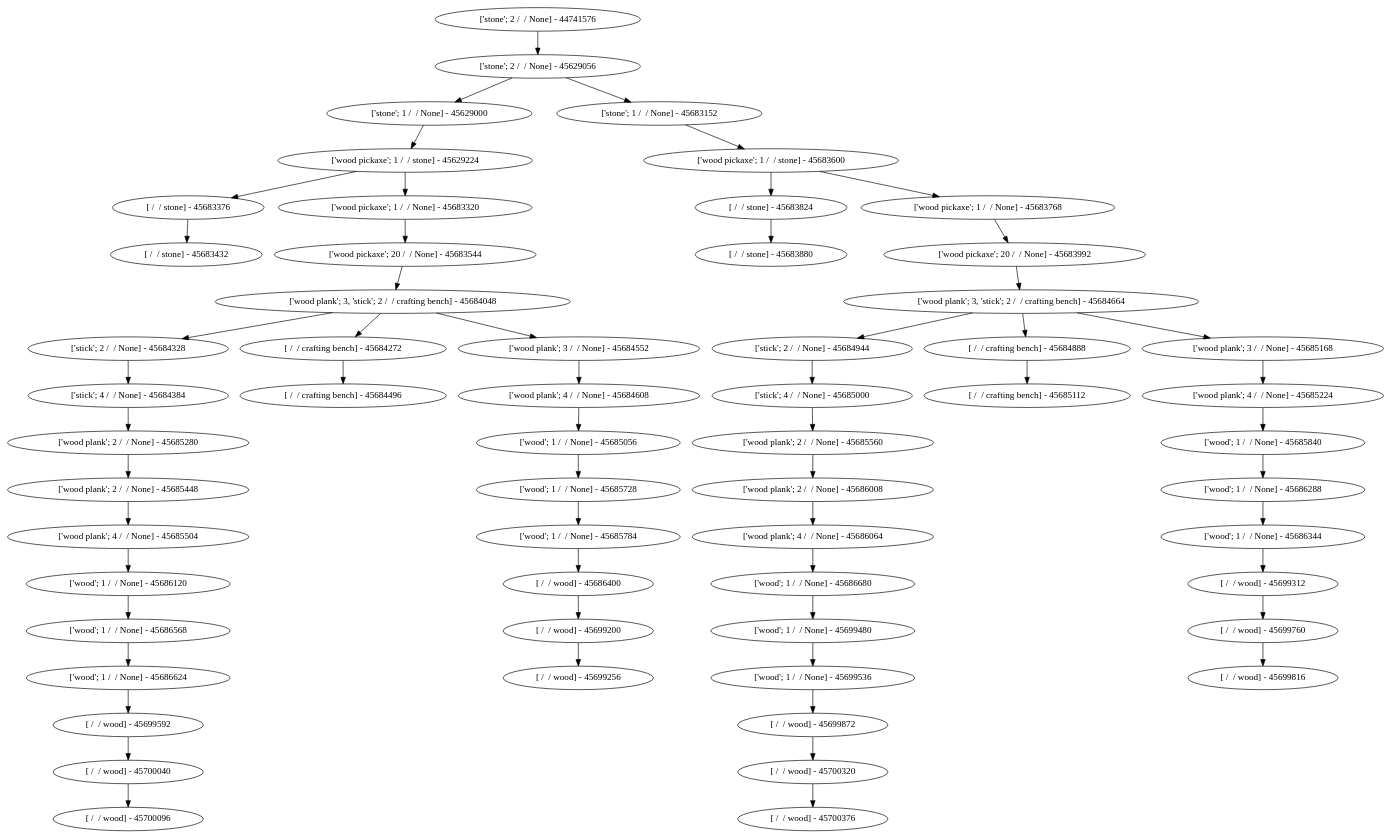
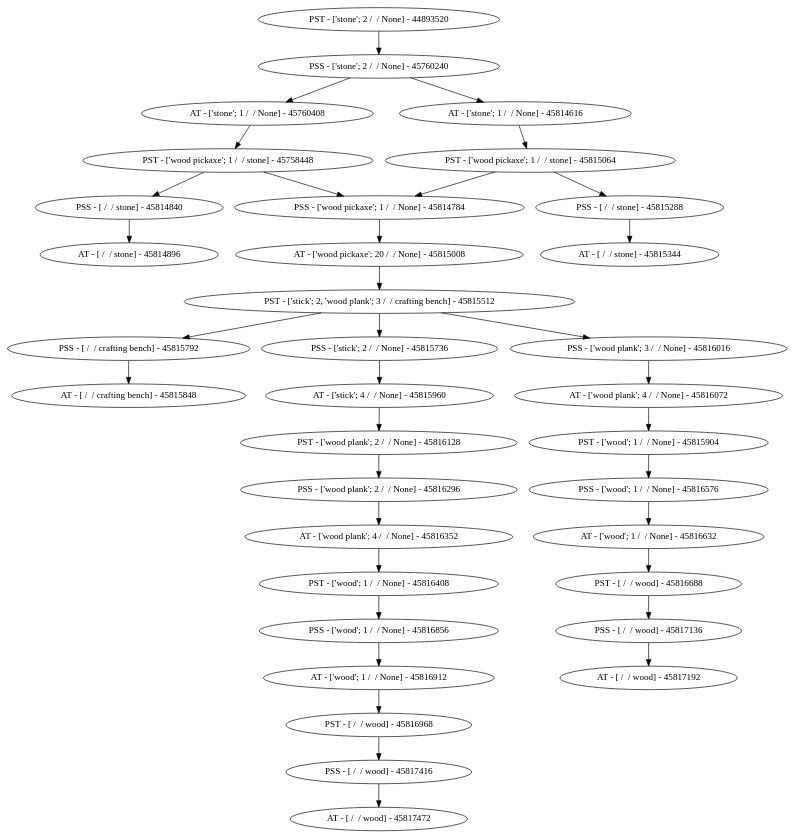
One commit to koleberd/goaldependency changed the diagram in trees/test_tree.gv. Above: the diagram before and after it, drawn with Graphviz. The commit also changed 16 other files, not shown here.

```diff
--- a/trees/test_tree.gv
+++ b/trees/test_tree.gv
@@ -1,59 +1,36 @@
 digraph Tree {
-	"['stone'; 2 /  / None] - 44741576" -> "['stone'; 2 /  / None] - 45629056"
-	"['stone'; 2 /  / None] - 45629056" -> "['stone'; 1 /  / None] - 45629000"
-	"['stone'; 2 /  / None] - 45629056" -> "['stone'; 1 /  / None] - 45683152"
-	"['stone'; 1 /  / None] - 45629000" -> "['wood pickaxe'; 1 /  / stone] - 45629224"
-	"['stone'; 1 /  / None] - 45683152" -> "['wood pickaxe'; 1 /  / stone] - 45683600"
-	"['wood pickaxe'; 1 /  / stone] - 45629224" -> "[ /  / stone] - 45683376"
-	"['wood pickaxe'; 1 /  / stone] - 45629224" -> "['wood pickaxe'; 1 /  / None] - 45683320"
-	"['wood pickaxe'; 1 /  / stone] - 45683600" -> "[ /  / stone] - 45683824"
-	"['wood pickaxe'; 1 /  / stone] - 45683600" -> "['wood pickaxe'; 1 /  / None] - 45683768"
-	"[ /  / stone] - 45683376" -> "[ /  / stone] - 45683432"
-	"['wood pickaxe'; 1 /  / None] - 45683320" -> "['wood pickaxe'; 20 /  / None] - 45683544"
-	"[ /  / stone] - 45683824" -> "[ /  / stone] - 45683880"
-	"['wood pickaxe'; 1 /  / None] - 45683768" -> "['wood pickaxe'; 20 /  / None] - 45683992"
-	"['wood pickaxe'; 20 /  / None] - 45683544" -> "['wood plank'; 3, 'stick'; 2 /  / crafting bench] - 45684048"
-	"['wood pickaxe'; 20 /  / None] - 45683992" -> "['wood plank'; 3, 'stick'; 2 /  / crafting bench] - 45684664"
-	"['wood plank'; 3, 'stick'; 2 /  / crafting bench] - 45684048" -> "['stick'; 2 /  / None] - 45684328"
-	"['wood plank'; 3, 'stick'; 2 /  / crafting bench] - 45684048" -> "[ /  / crafting bench] - 45684272"
-	"['wood plank'; 3, 'stick'; 2 /  / crafting bench] - 45684048" -> "['wood plank'; 3 /  / None] - 45684552"
-	"['wood plank'; 3, 'stick'; 2 /  / crafting bench] - 45684664" -> "['stick'; 2 /  / None] - 45684944"
-	"['wood plank'; 3, 'stick'; 2 /  / crafting bench] - 45684664" -> "[ /  / crafting bench] - 45684888"
-	"['wood plank'; 3, 'stick'; 2 /  / crafting bench] - 45684664" -> "['wood plank'; 3 /  / None] - 45685168"
-	"['stick'; 2 /  / None] - 45684328" -> "['stick'; 4 /  / None] - 45684384"
-	"[ /  / crafting bench] - 45684272" -> "[ /  / crafting bench] - 45684496"
-	"['wood plank'; 3 /  / None] - 45684552" -> "['wood plank'; 4 /  / None] - 45684608"
-	"['stick'; 2 /  / None] - 45684944" -> "['stick'; 4 /  / None] - 45685000"
-	"[ /  / crafting bench] - 45684888" -> "[ /  / crafting bench] - 45685112"
-	"['wood plank'; 3 /  / None] - 45685168" -> "['wood plank'; 4 /  / None] - 45685224"
-	"['stick'; 4 /  / None] - 45684384" -> "['wood plank'; 2 /  / None] - 45685280"
-	"['wood plank'; 4 /  / None] - 45684608" -> "['wood'; 1 /  / None] - 45685056"
-	"['stick'; 4 /  / None] - 45685000" -> "['wood plank'; 2 /  / None] - 45685560"
-	"['wood plank'; 4 /  / None] - 45685224" -> "['wood'; 1 /  / None] - 45685840"
-	"['wood plank'; 2 /  / None] - 45685280" -> "['wood plank'; 2 /  / None] - 45685448"
-	"['wood'; 1 /  / None] - 45685056" -> "['wood'; 1 /  / None] - 45685728"
-	"['wood plank'; 2 /  / None] - 45685560" -> "['wood plank'; 2 /  / None] - 45686008"
-	"['wood'; 1 /  / None] - 45685840" -> "['wood'; 1 /  / None] - 45686288"
-	"['wood plank'; 2 /  / None] - 45685448" -> "['wood plank'; 4 /  / None] - 45685504"
-	"['wood'; 1 /  / None] - 45685728" -> "['wood'; 1 /  / None] - 45685784"
-	"['wood plank'; 2 /  / None] - 45686008" -> "['wood plank'; 4 /  / None] - 45686064"
-	"['wood'; 1 /  / None] - 45686288" -> "['wood'; 1 /  / None] - 45686344"
-	"['wood plank'; 4 /  / None] - 45685504" -> "['wood'; 1 /  / None] - 45686120"
-	"['wood'; 1 /  / None] - 45685784" -> "[ /  / wood] - 45686400"
-	"['wood plank'; 4 /  / None] - 45686064" -> "['wood'; 1 /  / None] - 45686680"
-	"['wood'; 1 /  / None] - 45686344" -> "[ /  / wood] - 45699312"
-	"['wood'; 1 /  / None] - 45686120" -> "['wood'; 1 /  / None] - 45686568"
-	"[ /  / wood] - 45686400" -> "[ /  / wood] - 45699200"
-	"['wood'; 1 /  / None] - 45686680" -> "['wood'; 1 /  / None] - 45699480"
-	"[ /  / wood] - 45699312" -> "[ /  / wood] - 45699760"
-	"['wood'; 1 /  / None] - 45686568" -> "['wood'; 1 /  / None] - 45686624"
-	"[ /  / wood] - 45699200" -> "[ /  / wood] - 45699256"
-	"['wood'; 1 /  / None] - 45699480" -> "['wood'; 1 /  / None] - 45699536"
-	"[ /  / wood] - 45699760" -> "[ /  / wood] - 45699816"
-	"['wood'; 1 /  / None] - 45686624" -> "[ /  / wood] - 45699592"
-	"['wood'; 1 /  / None] - 45699536" -> "[ /  / wood] - 45699872"
-	"[ /  / wood] - 45699592" -> "[ /  / wood] - 45700040"
-	"[ /  / wood] - 45699872" -> "[ /  / wood] - 45700320"
-	"[ /  / wood] - 45700040" -> "[ /  / wood] - 45700096"
-	"[ /  / wood] - 45700320" -> "[ /  / wood] - 45700376"
+	"PST - ['stone'; 2 /  / None] - 44893520" -> "PSS - ['stone'; 2 /  / None] - 45760240"
+	"PSS - ['stone'; 2 /  / None] - 45760240" -> "AT - ['stone'; 1 /  / None] - 45760408"
+	"PSS - ['stone'; 2 /  / None] - 45760240" -> "AT - ['stone'; 1 /  / None] - 45814616"
+	"AT - ['stone'; 1 /  / None] - 45760408" -> "PST - ['wood pickaxe'; 1 /  / stone] - 45758448"
+	"AT - ['stone'; 1 /  / None] - 45814616" -> "PST - ['wood pickaxe'; 1 /  / stone] - 45815064"
+	"PST - ['wood pickaxe'; 1 /  / stone] - 45758448" -> "PSS - [ /  / stone] - 45814840"
+	"PST - ['wood pickaxe'; 1 /  / stone] - 45758448" -> "PSS - ['wood pickaxe'; 1 /  / None] - 45814784"
+	"PST - ['wood pickaxe'; 1 /  / stone] - 45815064" -> "PSS - [ /  / stone] - 45815288"
+	"PST - ['wood pickaxe'; 1 /  / stone] - 45815064" -> "PSS - ['wood pickaxe'; 1 /  / None] - 45814784"
+	"PSS - [ /  / stone] - 45814840" -> "AT - [ /  / stone] - 45814896"
+	"PSS - ['wood pickaxe'; 1 /  / None] - 45814784" -> "AT - ['wood pickaxe'; 20 /  / None] - 45815008"
+	"PSS - [ /  / stone] - 45815288" -> "AT - [ /  / stone] - 45815344"
+	"AT - ['wood pickaxe'; 20 /  / None] - 45815008" -> "PST - ['stick'; 2, 'wood plank'; 3 /  / crafting bench] - 45815512"
+	"PST - ['stick'; 2, 'wood plank'; 3 /  / crafting bench] - 45815512" -> "PSS - [ /  / crafting bench] - 45815792"
+	"PST - ['stick'; 2, 'wood plank'; 3 /  / crafting bench] - 45815512" -> "PSS - ['stick'; 2 /  / None] - 45815736"
+	"PST - ['stick'; 2, 'wood plank'; 3 /  / crafting bench] - 45815512" -> "PSS - ['wood plank'; 3 /  / None] - 45816016"
+	"PSS - [ /  / crafting bench] - 45815792" -> "AT - [ /  / crafting bench] - 45815848"
+	"PSS - ['stick'; 2 /  / None] - 45815736" -> "AT - ['stick'; 4 /  / None] - 45815960"
+	"PSS - ['wood plank'; 3 /  / None] - 45816016" -> "AT - ['wood plank'; 4 /  / None] - 45816072"
+	"AT - ['stick'; 4 /  / None] - 45815960" -> "PST - ['wood plank'; 2 /  / None] - 45816128"
+	"AT - ['wood plank'; 4 /  / None] - 45816072" -> "PST - ['wood'; 1 /  / None] - 45815904"
+	"PST - ['wood plank'; 2 /  / None] - 45816128" -> "PSS - ['wood plank'; 2 /  / None] - 45816296"
+	"PST - ['wood'; 1 /  / None] - 45815904" -> "PSS - ['wood'; 1 /  / None] - 45816576"
+	"PSS - ['wood plank'; 2 /  / None] - 45816296" -> "AT - ['wood plank'; 4 /  / None] - 45816352"
+	"PSS - ['wood'; 1 /  / None] - 45816576" -> "AT - ['wood'; 1 /  / None] - 45816632"
+	"AT - ['wood plank'; 4 /  / None] - 45816352" -> "PST - ['wood'; 1 /  / None] - 45816408"
+	"AT - ['wood'; 1 /  / None] - 45816632" -> "PST - [ /  / wood] - 45816688"
+	"PST - ['wood'; 1 /  / None] - 45816408" -> "PSS - ['wood'; 1 /  / None] - 45816856"
+	"PST - [ /  / wood] - 45816688" -> "PSS - [ /  / wood] - 45817136"
+	"PSS - ['wood'; 1 /  / None] - 45816856" -> "AT - ['wood'; 1 /  / None] - 45816912"
+	"PSS - [ /  / wood] - 45817136" -> "AT - [ /  / wood] - 45817192"
+	"AT - ['wood'; 1 /  / None] - 45816912" -> "PST - [ /  / wood] - 45816968"
+	"PST - [ /  / wood] - 45816968" -> "PSS - [ /  / wood] - 45817416"
+	"PSS - [ /  / wood] - 45817416" -> "AT - [ /  / wood] - 45817472"
 }
```
